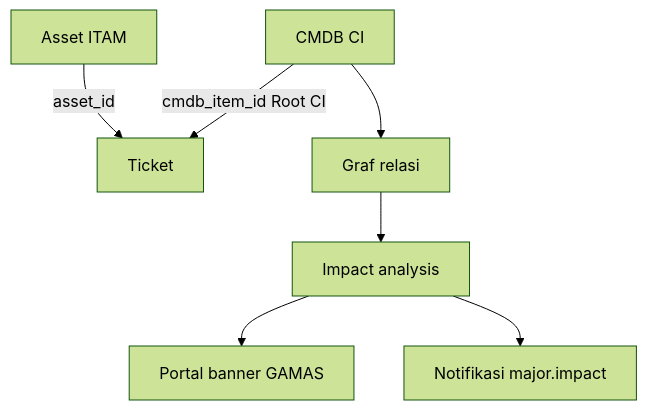
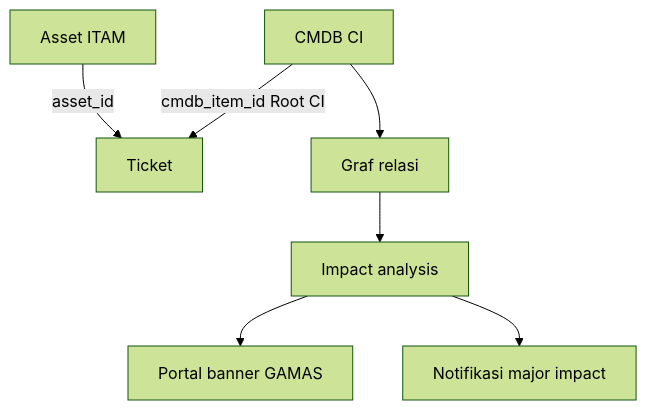
Before and after one commit to bontiharyanto/novacrm: diagram 14 of 14 in docs/TICKETING-JOURNEY.md, drawn with Mermaid (forest theme). The commit also changed other lines of this file, not shown here.

First line of the commit message:
Fix Mermaid diagram syntax in ticketing journey doc for GitHub rendering.

````diff
--- a/docs/TICKETING-JOURNEY.md
+++ b/docs/TICKETING-JOURNEY.md
@@ -516,9 +516,9 @@
 ```mermaid
 flowchart TB
-  A[Asset ITAM] -->|asset_id| T[Ticket]
-  C[CMDB CI] -->|cmdb_item_id Root CI| T
+  A[Asset ITAM] -->|"asset_id"| T[Ticket]
+  C[CMDB CI] -->|"cmdb_item_id Root CI"| T
   C --> G[Graf relasi]
   G --> I[Impact analysis]
   I --> P[Portal banner GAMAS]
-  I --> N[Notifikasi major.impact]
+  I --> N["Notifikasi major impact"]
 ```
````
